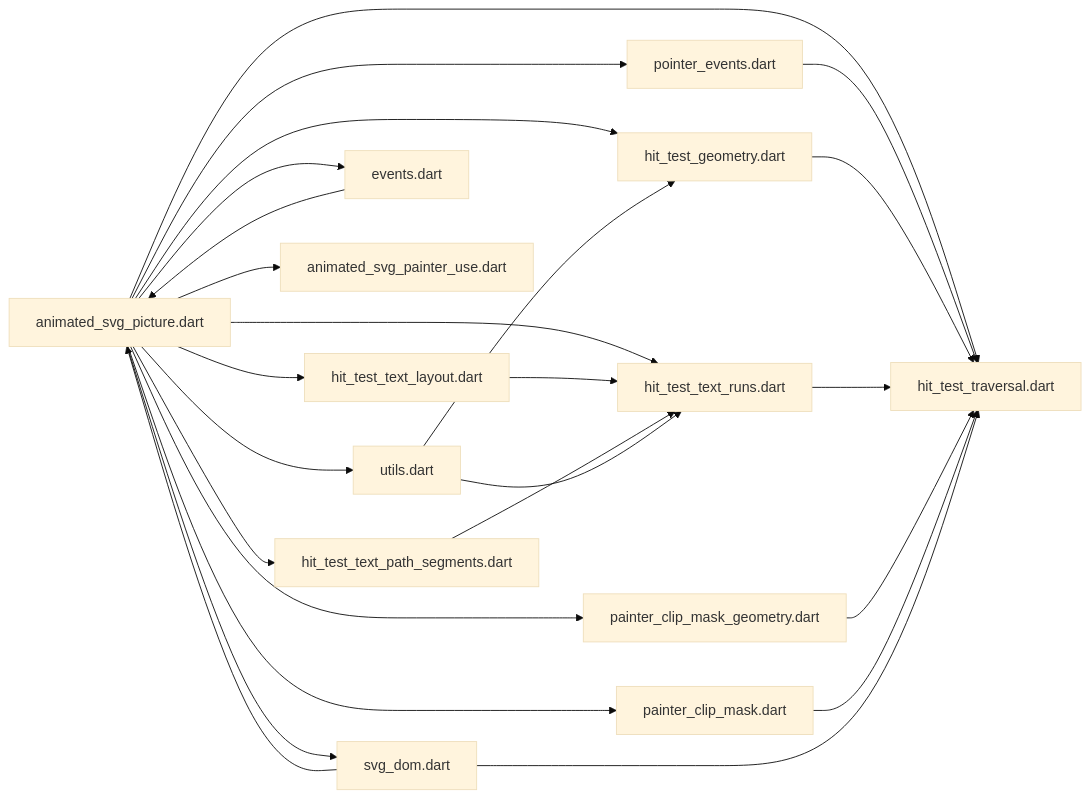
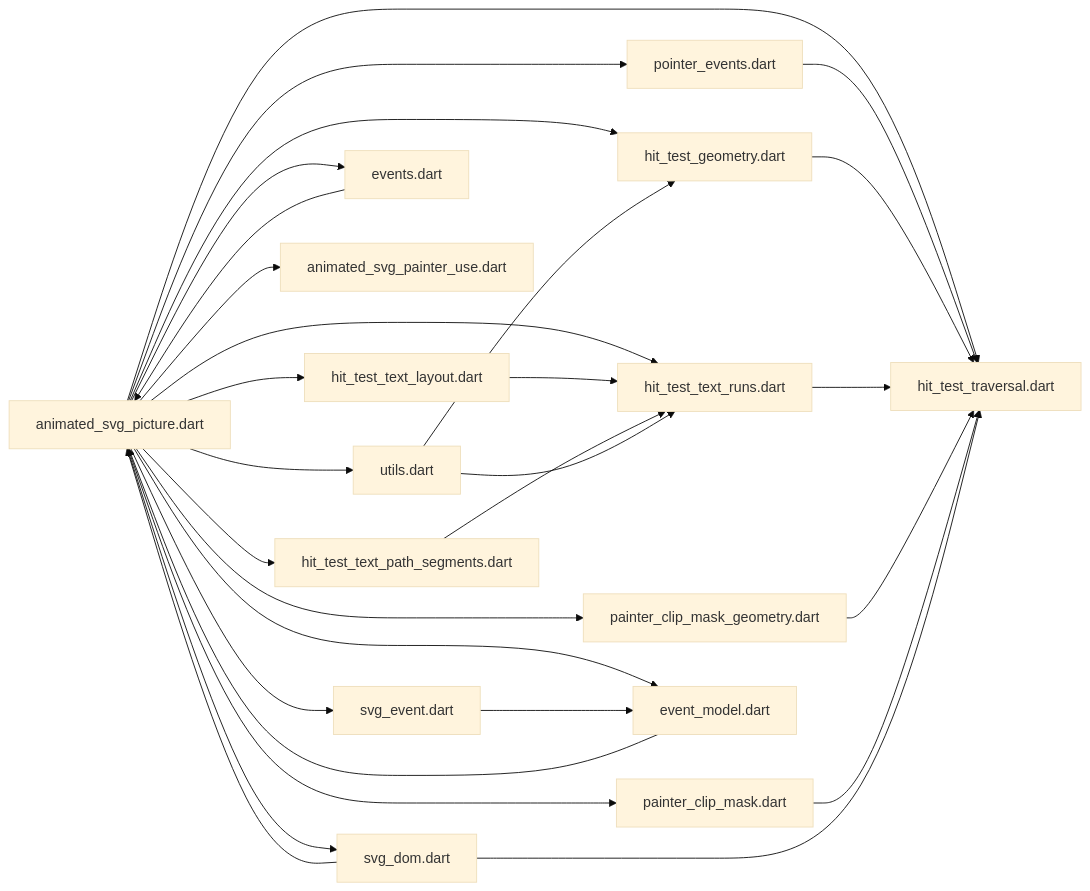
One commit to denisnadey/flutter_full_svg_support changed diagram 18 of 18 in .qoder/repowiki/en/content/Advanced Features/Interactive SVG Elements.md. Above: the diagram before and after it, drawn with Mermaid (base theme). The commit also changed other lines of this file and 20 other files, not shown here.

First line of the commit message:
feat(svg): implement comprehensive event handling with pointer and gesture support

````diff
--- a/.qoder/repowiki/en/content/Advanced Features/Interactive SVG Elements.md
+++ b/.qoder/repowiki/en/content/Advanced Features/Interactive SVG Elements.md
@@ -673,27 +793,31 @@
 ```mermaid
 graph LR
 AP["animated_svg_picture.dart"] --> HT["hit_test_traversal.dart"]
 AP --> PE["pointer_events.dart"]
 AP --> HG["hit_test_geometry.dart"]
 AP --> HTR["hit_test_text_runs.dart"]
 AP --> HTL["hit_test_text_layout.dart"]
 AP --> HTPS["hit_test_text_path_segments.dart"]
 AP --> CG["painter_clip_mask_geometry.dart"]
 AP --> MP["painter_clip_mask.dart"]
 AP --> ST["utils.dart"]
 AP --> EV["events.dart"]
 AP --> PU["animated_svg_painter_use.dart"]
 AP --> SD["svg_dom.dart"]
+AP --> EM["event_model.dart"]
+AP --> SE["svg_event.dart"]
 EV --> AP
 PE --> HT
 HG --> HT
 HTR --> HT
 HTL --> HTR
 HTPS --> HTR
 CG --> HT
 MP --> HT
 ST --> HG
 ST --> HTR
 SD --> HT
 SD --> AP
+EM --> AP
+SE --> EM
 ```
````
